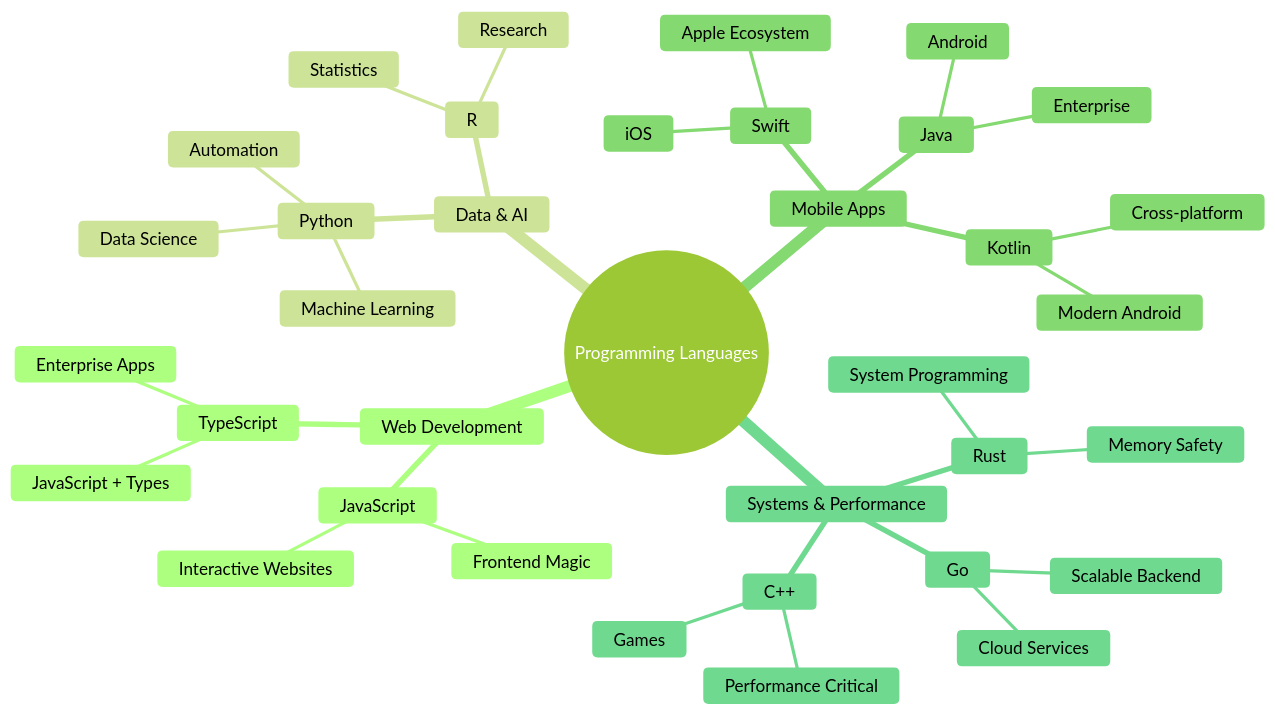
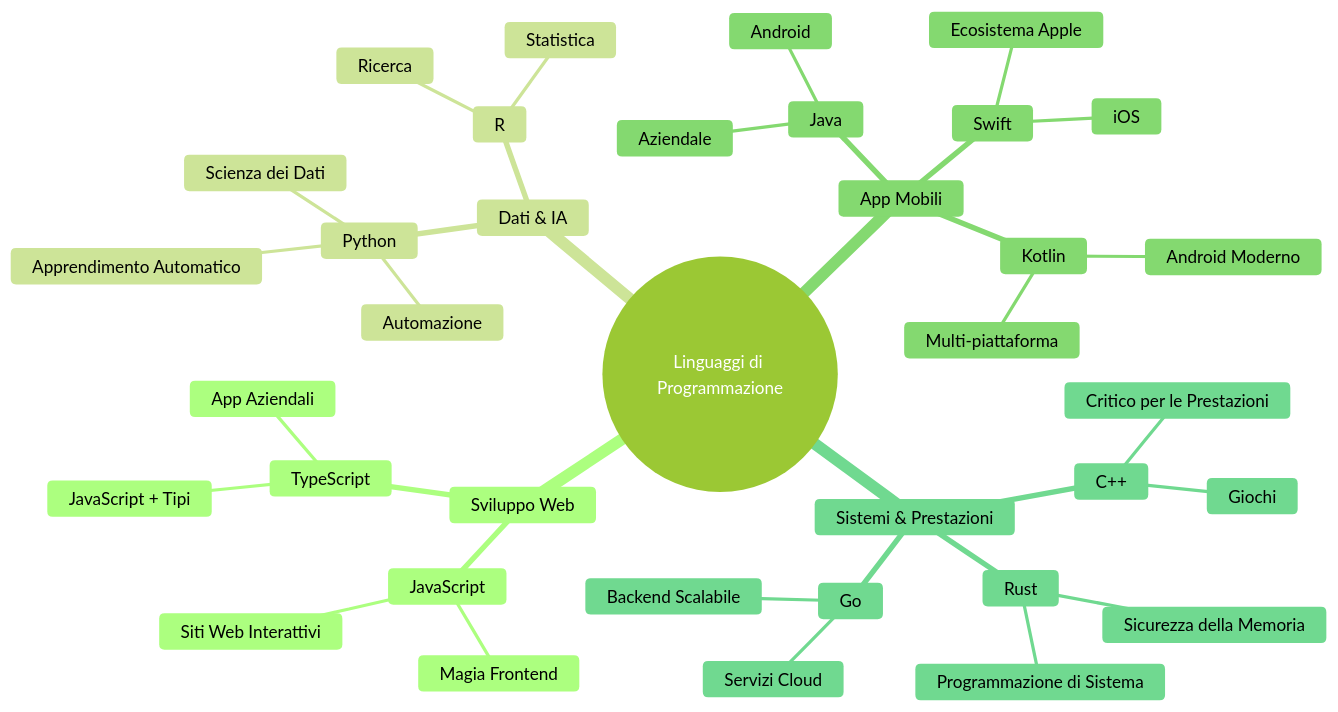
One commit to microsoft/Web-Dev-For-Beginners changed the second of 7 diagrams in translations/it/1-getting-started-lessons/1-intro-to-programming-languages/README.md. Above: the diagram before and after it, drawn with Mermaid (forest theme). The commit also changed other lines of this file and 11 other files, not shown here.

````diff
--- a/translations/it/1-getting-started-lessons/1-intro-to-programming-languages/README.md
+++ b/translations/it/1-getting-started-lessons/1-intro-to-programming-languages/README.md
@@ -85,39 +85,39 @@
 ```mermaid
 mindmap
-  root((Programming Languages))
-    Web Development
+  root((Linguaggi di Programmazione))
+    Sviluppo Web
       JavaScript
-        Frontend Magic
-        Interactive Websites
+        Magia Frontend
+        Siti Web Interattivi
       TypeScript
-        JavaScript + Types
-        Enterprise Apps
-    Data & AI
+        JavaScript + Tipi
+        App Aziendali
+    Dati & IA
       Python
-        Data Science
-        Machine Learning
-        Automation
+        Scienza dei Dati
+        Apprendimento Automatico
+        Automazione
       R
-        Statistics
-        Research
-    Mobile Apps
+        Statistica
+        Ricerca
+    App Mobili
       Java
         Android
-        Enterprise
+        Aziendale
       Swift
         iOS
-        Apple Ecosystem
+        Ecosistema Apple
       Kotlin
-        Modern Android
-        Cross-platform
-    Systems & Performance
+        Android Moderno
+        Multi-piattaforma
+    Sistemi & Prestazioni
       C++
-        Games
-        Performance Critical
+        Giochi
+        Critico per le Prestazioni
       Rust
-        Memory Safety
-        System Programming
+        Sicurezza della Memoria
+        Programmazione di Sistema
       Go
-        Cloud Services
-        Scalable Backend
+        Servizi Cloud
+        Backend Scalabile
 ```
````
